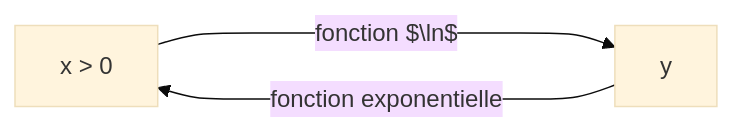
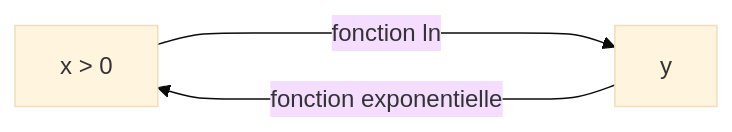
Before and after one commit to Matteovanypersele/copy-mcoilhacsio-1-maths-approfondies: the second of 2 diagrams in docs/logarithme/ln_cours.md, drawn with Mermaid (base theme). The commit also changed other lines of this file, not shown here.

````diff
--- a/docs/logarithme/ln_cours.md
+++ b/docs/logarithme/ln_cours.md
@@ -96,5 +96,5 @@
     ```mermaid
         graph LR
-            A[x > 0] ----> |fonction $\ln$| B[y];
+            A[x > 0] ----> |fonction ln| B[y];
             B ---->|fonction exponentielle| A;
     ```
````
